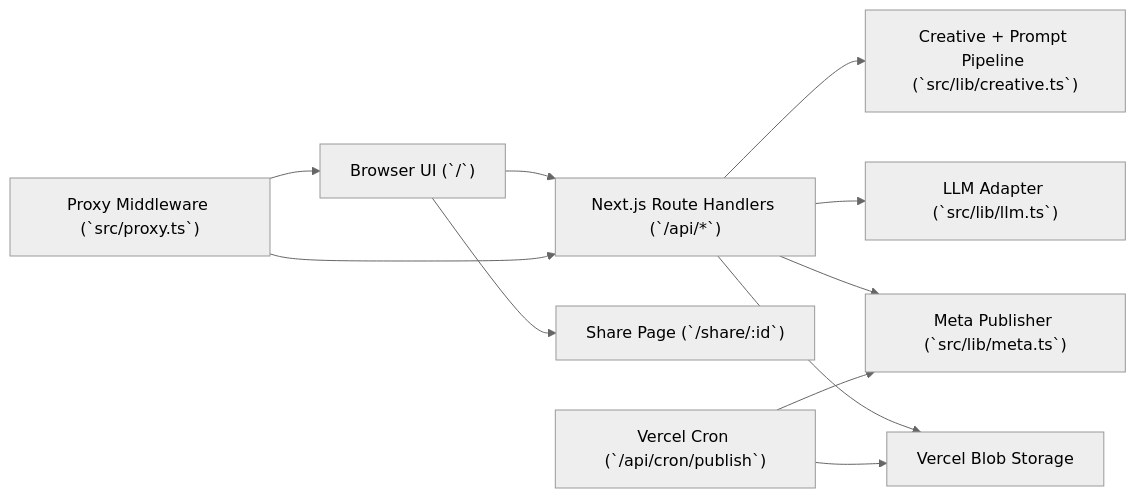
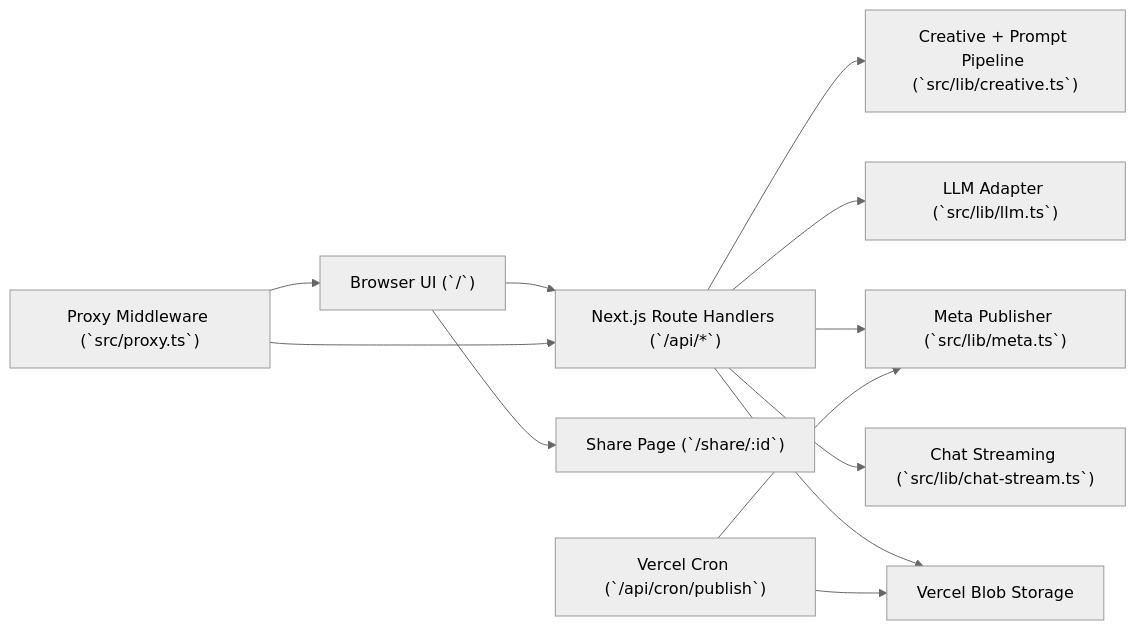
Before and after one commit to 3twos/ig-poster: the diagram in docs/architecture.md, drawn with Mermaid (neutral theme). The commit also changed other lines of this file and 21 other files, not shown here.

````diff
--- a/docs/architecture.md
+++ b/docs/architecture.md
@@ -12,13 +12,14 @@
 ```mermaid
 flowchart LR
   U["Browser UI (`/`)"] --> API["Next.js Route Handlers (`/api/*`)"]
   U --> SHARE["Share Page (`/share/:id`)"]
   API --> CREATIVE["Creative + Prompt Pipeline (`src/lib/creative.ts`)"]
   API --> LLM["LLM Adapter (`src/lib/llm.ts`)"]
   API --> META["Meta Publisher (`src/lib/meta.ts`)"]
+  API --> CHAT["Chat Streaming (`src/lib/chat-stream.ts`)"]
   API --> BLOB["Vercel Blob Storage"]
   CRON["Vercel Cron (`/api/cron/publish`)"] --> BLOB
   CRON --> META
   MW["Proxy Middleware (`src/proxy.ts`)"] --> U
   MW --> API
 ```
````
